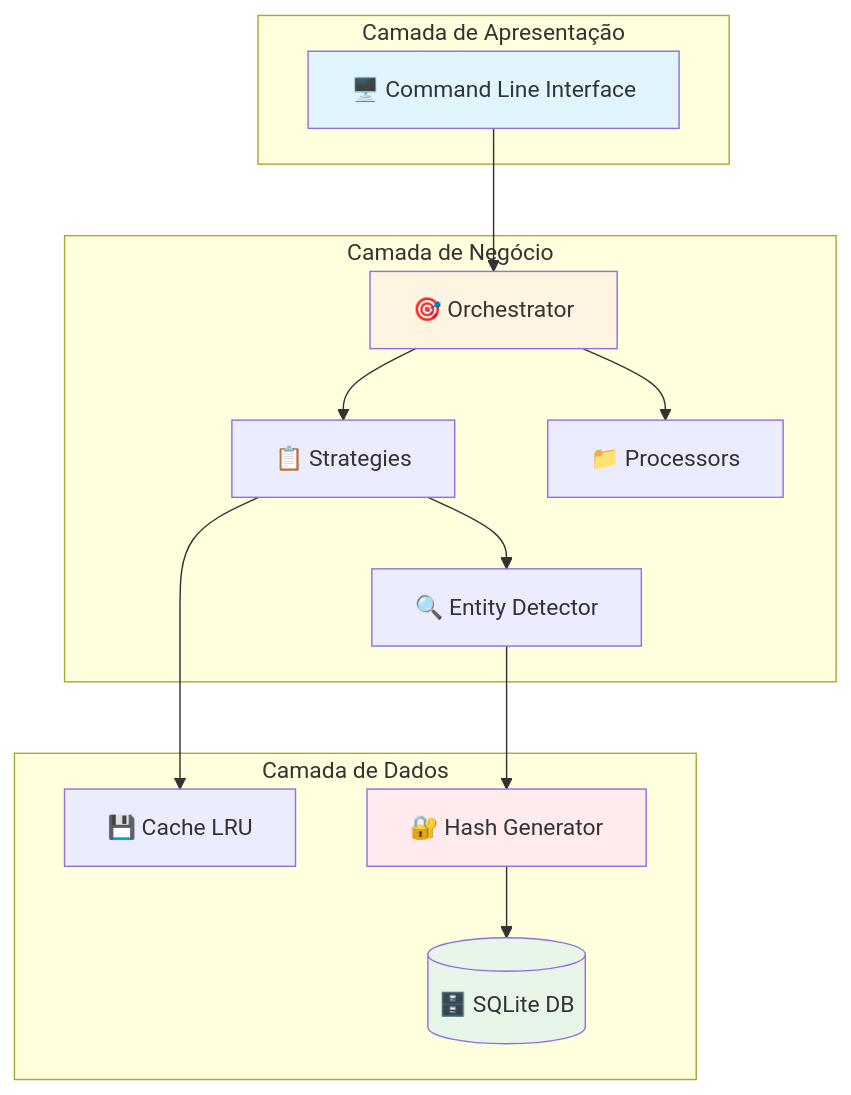
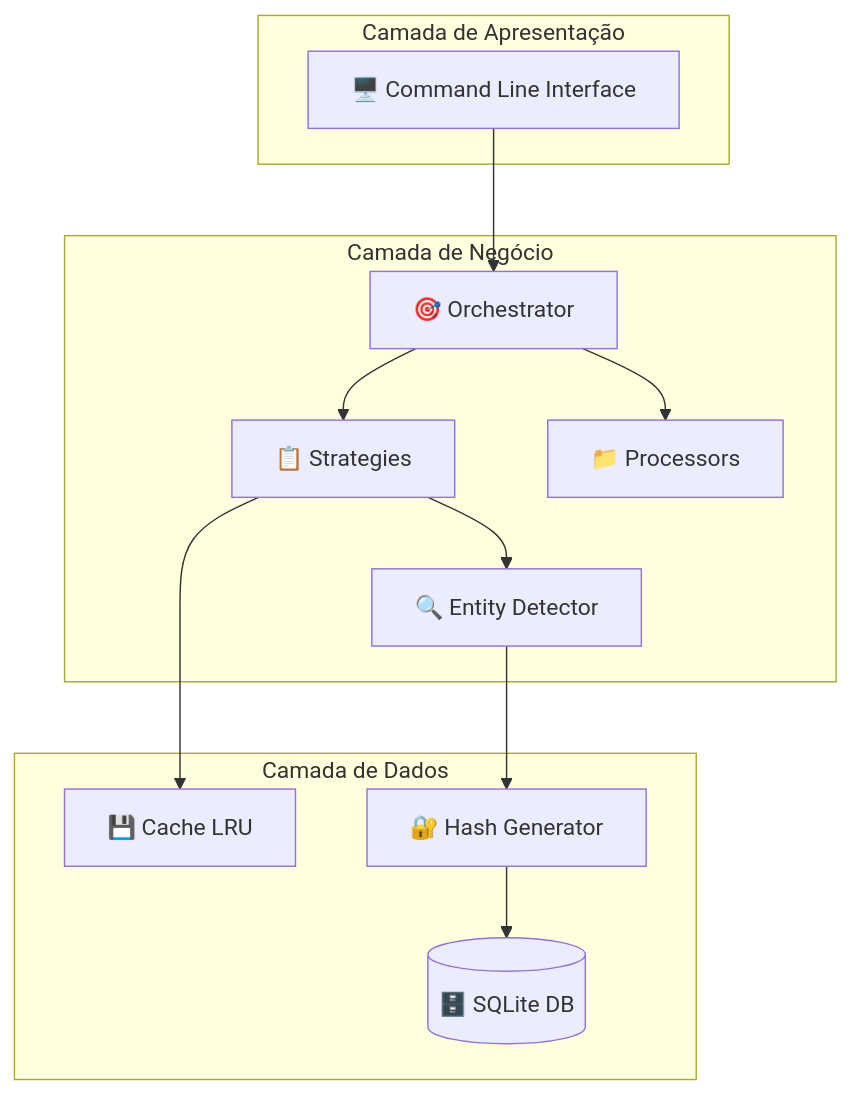
One commit to AnonShield/anonshield changed diagram 20 of 24 in docs/diagrams.md. Above: the diagram before and after it, drawn with Mermaid. The commit also changed other lines of this file, not shown here.

First line of the commit message:
Remove style definitions from diagrams

````diff
--- a/docs/diagrams.md
+++ b/docs/diagrams.md
@@ -1040,32 +990,28 @@
 ```mermaid
 graph TB
     subgraph "Camada de Apresentação"
         CLI[🖥️ Command Line Interface]
     end
     
     subgraph "Camada de Negócio"
         Orch[🎯 Orchestrator]
         Strat[📋 Strategies]
         Proc[📁 Processors]
         Det[🔍 Entity Detector]
     end
     
     subgraph "Camada de Dados"
         Cache[💾 Cache LRU]
         DB[(🗄️ SQLite DB)]
         Hash[🔐 Hash Generator]
     end
     
     CLI --> Orch
     Orch --> Strat
     Orch --> Proc
     Strat --> Det
     Det --> Hash
     Hash --> DB
     Strat --> Cache
-    
-    style CLI fill:#e1f5ff
-    style Orch fill:#fff4e1
-    style DB fill:#e8f5e9
-    style Hash fill:#ffebee
+
 ```
````
